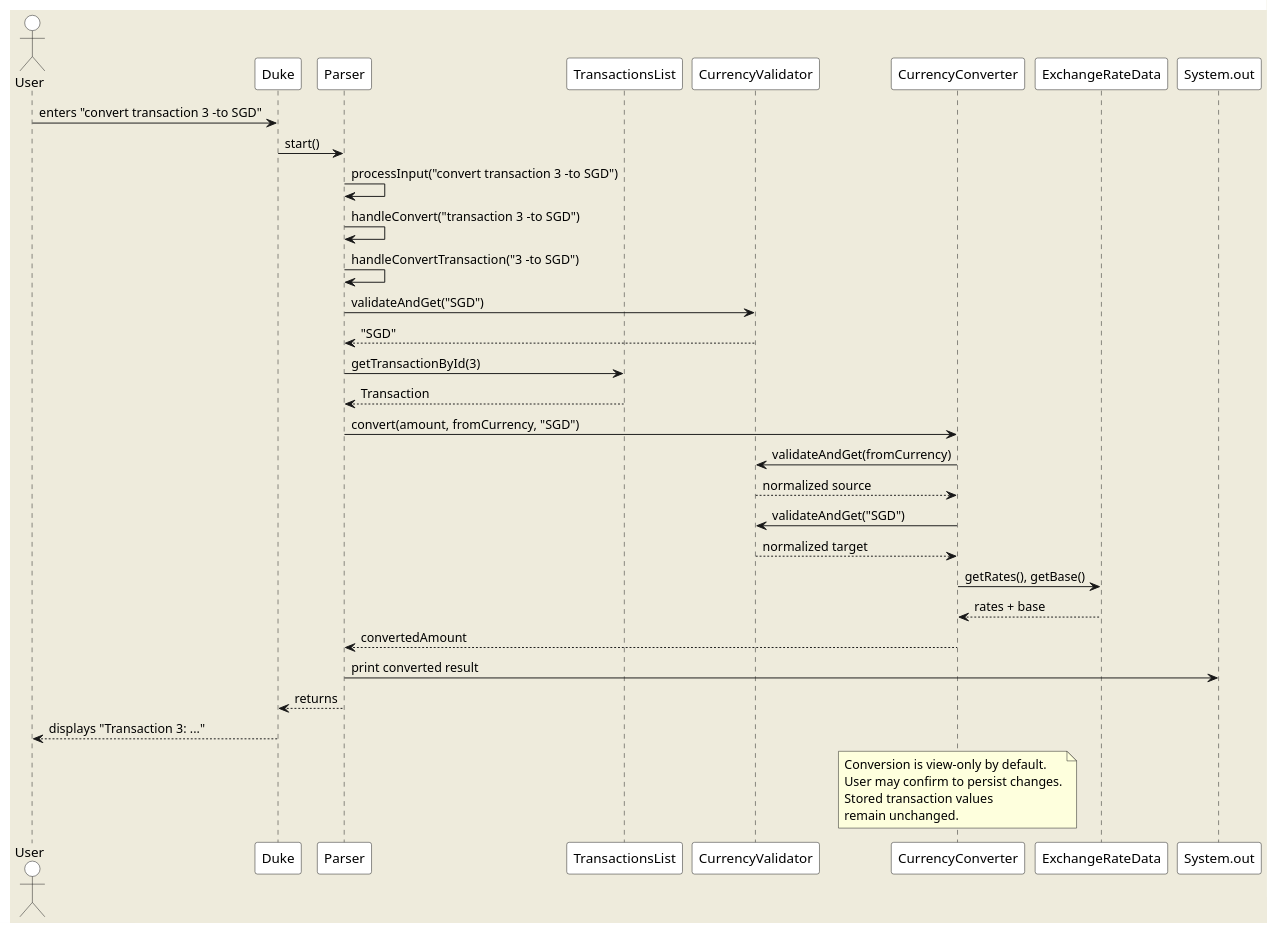
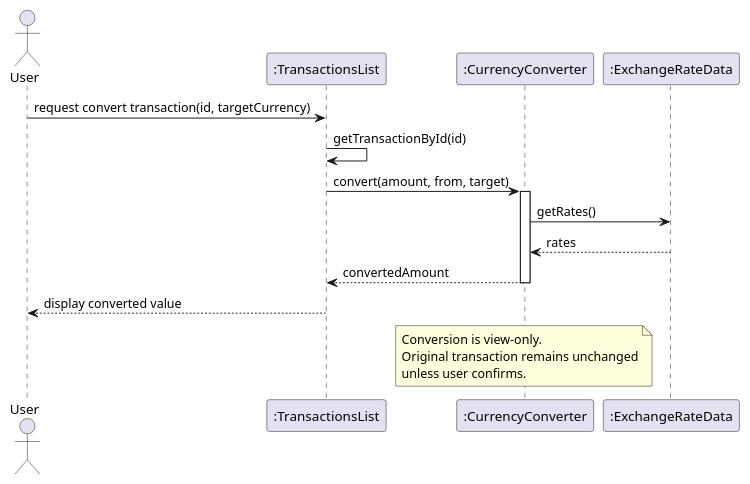
One commit to yeejj/tp changed the diagram in docs/diagrams/ConvertTransactionSequence.puml. Above: the diagram before and after it, drawn with PlantUML. The commit also changed 35 other files, not shown here.

Commit message:
TADG-#37-table of contents and new class diagrams

```diff
--- a/docs/diagrams/ConvertTransactionSequence.puml
+++ b/docs/diagrams/ConvertTransactionSequence.puml
@@ -1,47 +1,28 @@
 @startuml
-skinparam backgroundColor #EEEBDC
-skinparam sequence {
-    ParticipantBackgroundColor #FFF
-    ActorBackgroundColor #FFF
-    LifeLineBackgroundColor #FFF
-}
 
 actor User
-participant "Duke" as Duke
-participant "Parser" as Parser
-participant "TransactionsList" as TransactionsList
-participant "CurrencyValidator" as CurrencyValidator
-participant "CurrencyConverter" as CurrencyConverter
-participant "ExchangeRateData" as ExchangeRateData
+participant ":TransactionsList" as List
+participant ":CurrencyConverter" as Converter
+participant ":ExchangeRateData" as Rates
 
-User -> Duke : enters "convert transaction 3 -to SGD"
-Duke -> Parser : start()
-Parser -> Parser : processInput("convert transaction 3 -to SGD")
-Parser -> Parser : handleConvert("transaction 3 -to SGD")
-Parser -> Parser : handleConvertTransaction("3 -to SGD")
-Parser -> CurrencyValidator : validateAndGet("SGD")
-CurrencyValidator --> Parser : "SGD"
+User -> List : request convert transaction(id, targetCurrency)
+List -> List : getTransactionById(id)
 
-Parser -> TransactionsList : getTransactionById(3)
-TransactionsList --> Parser : Transaction
+List -> Converter : convert(amount, from, target)
+activate Converter
 
-Parser -> CurrencyConverter : convert(amount, fromCurrency, "SGD")
-CurrencyConverter -> CurrencyValidator : validateAndGet(fromCurrency)
-CurrencyValidator --> CurrencyConverter : normalized source
-CurrencyConverter -> CurrencyValidator : validateAndGet("SGD")
-CurrencyValidator --> CurrencyConverter : normalized target
-CurrencyConverter -> ExchangeRateData : getRates(), getBase()
-ExchangeRateData --> CurrencyConverter : rates + base
-CurrencyConverter --> Parser : convertedAmount
+Converter -> Rates : getRates()
+Rates --> Converter : rates
 
-Parser -> System.out : print converted result
-Parser --> Duke : returns
-Duke --> User : displays "Transaction 3: ..."
+Converter --> List : convertedAmount
+deactivate Converter
 
-note over CurrencyConverter
-  Conversion is view-only by default.
-  User may confirm to persist changes.
-  Stored transaction values
-  remain unchanged.
+List --> User : display converted value
+
+note over Converter
+Conversion is view-only.
+Original transaction remains unchanged
+unless user confirms.
 end note
+
 @enduml
```
